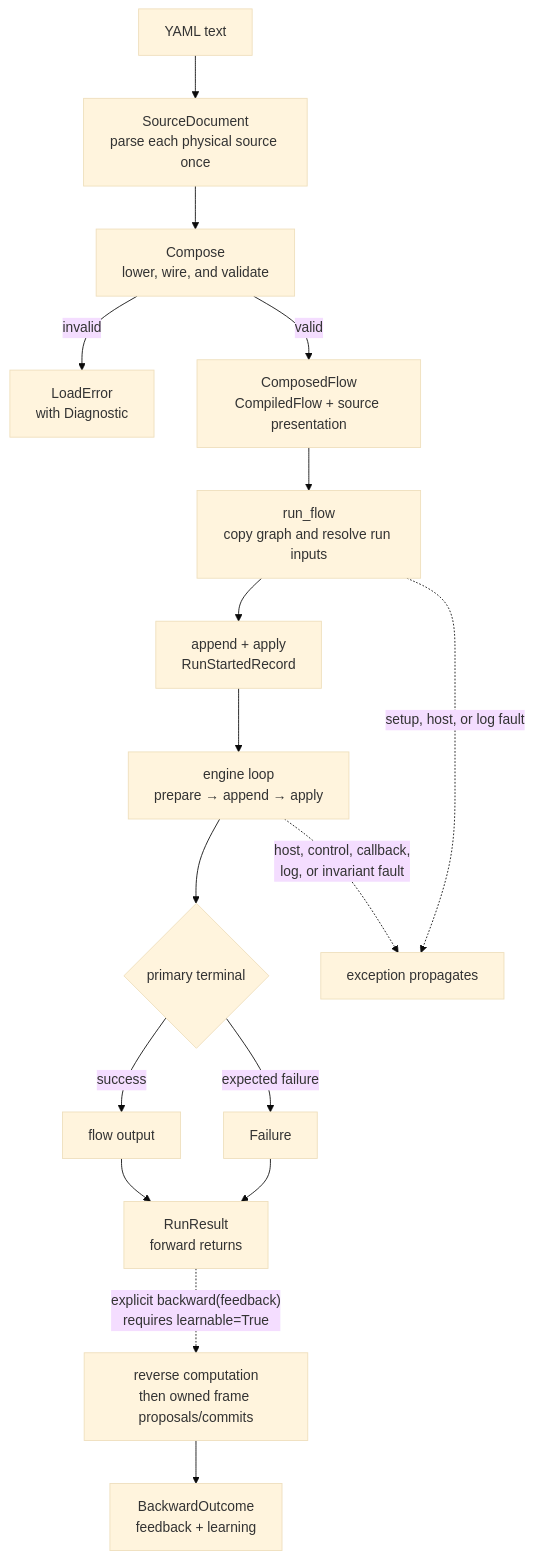
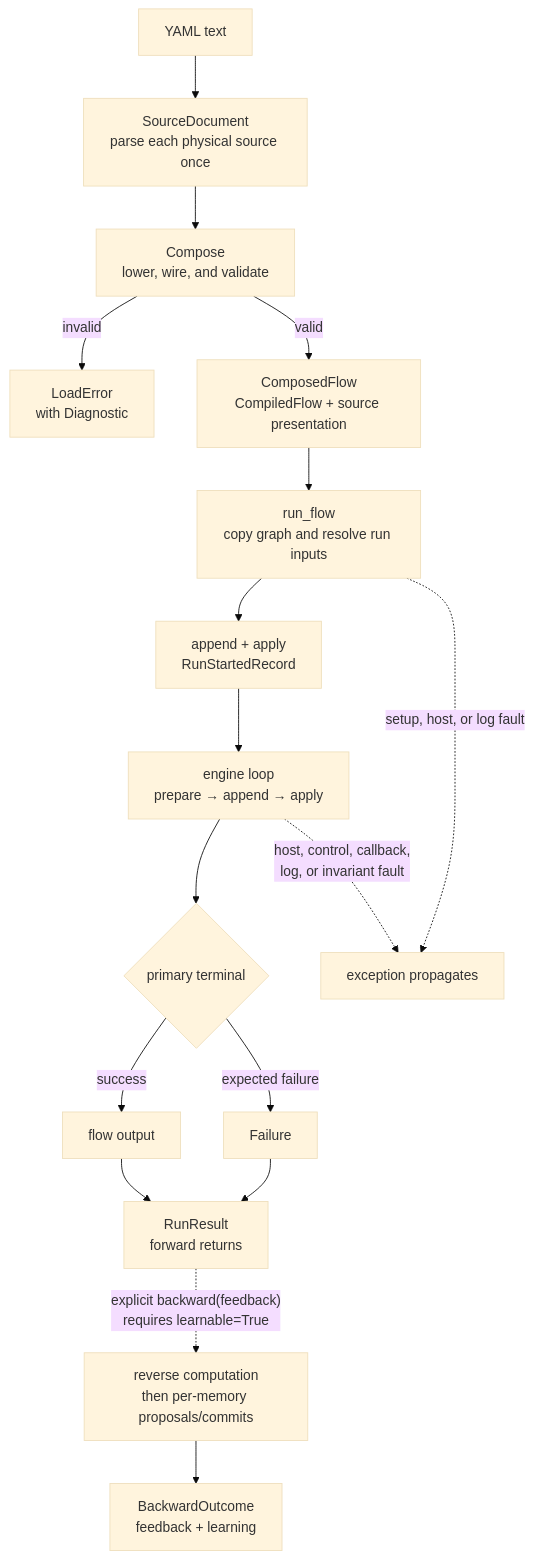
The first of 2 diagrams in docs/architecture.md (ngocbh/yian), drawn with Mermaid (base theme) before and after one commit. The commit also changed other lines of this file and 2 other files, not shown here.

Commit message:
Document memory scoping under uses: and the host builder reference

````diff
--- a/docs/architecture.md
+++ b/docs/architecture.md
@@ -14,21 +14,21 @@
 ```mermaid
 flowchart TD
     yaml["YAML text"] --> document["SourceDocument<br/>parse each physical source once"]
     document --> compose["Compose<br/>lower, wire, and validate"]
     compose -->|invalid| load_error["LoadError<br/>with Diagnostic"]
     compose -->|valid| composed["ComposedFlow<br/>CompiledFlow + source presentation"]
 
     composed --> initialize["run_flow<br/>copy graph and resolve run inputs"]
     initialize --> started["append + apply<br/>RunStartedRecord"]
     started --> loop["engine loop<br/>prepare → append → apply"]
     loop --> terminal{"primary terminal"}
     terminal -->|success| output["flow output"]
     terminal -->|expected failure| failure["Failure"]
     output --> result["RunResult<br/>forward returns"]
     failure --> result
-    result -. "explicit backward(feedback)<br/>requires learnable=True" .-> backward["reverse computation<br/>then owned frame proposals/commits"]
+    result -. "explicit backward(feedback)<br/>requires learnable=True" .-> backward["reverse computation<br/>then per-memory proposals/commits"]
     backward --> outcome["BackwardOutcome<br/>feedback + learning"]
 
     initialize -. "setup, host, or log fault" .-> raised["exception propagates"]
     loop -. "host, control, callback,<br/>log, or invariant fault" .-> raised
 ```
````
